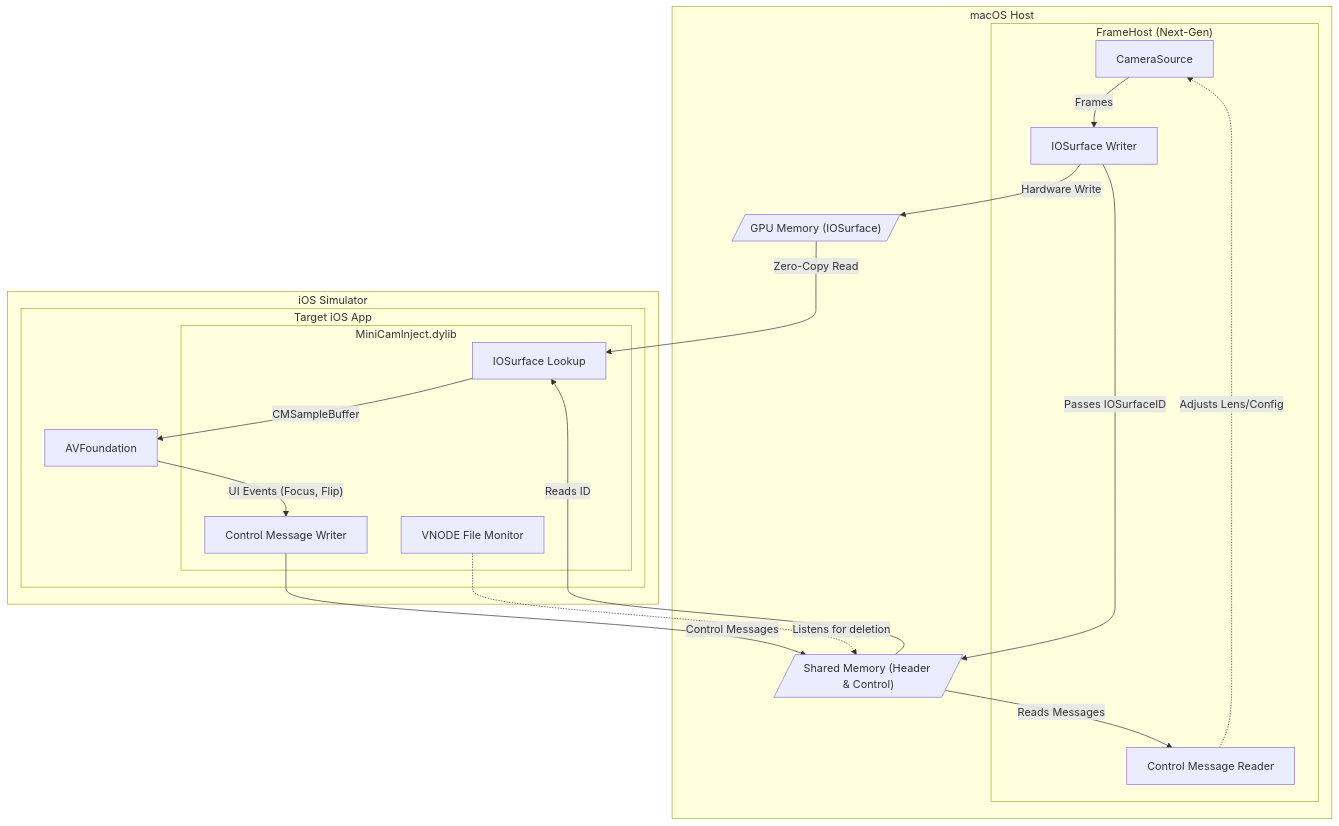
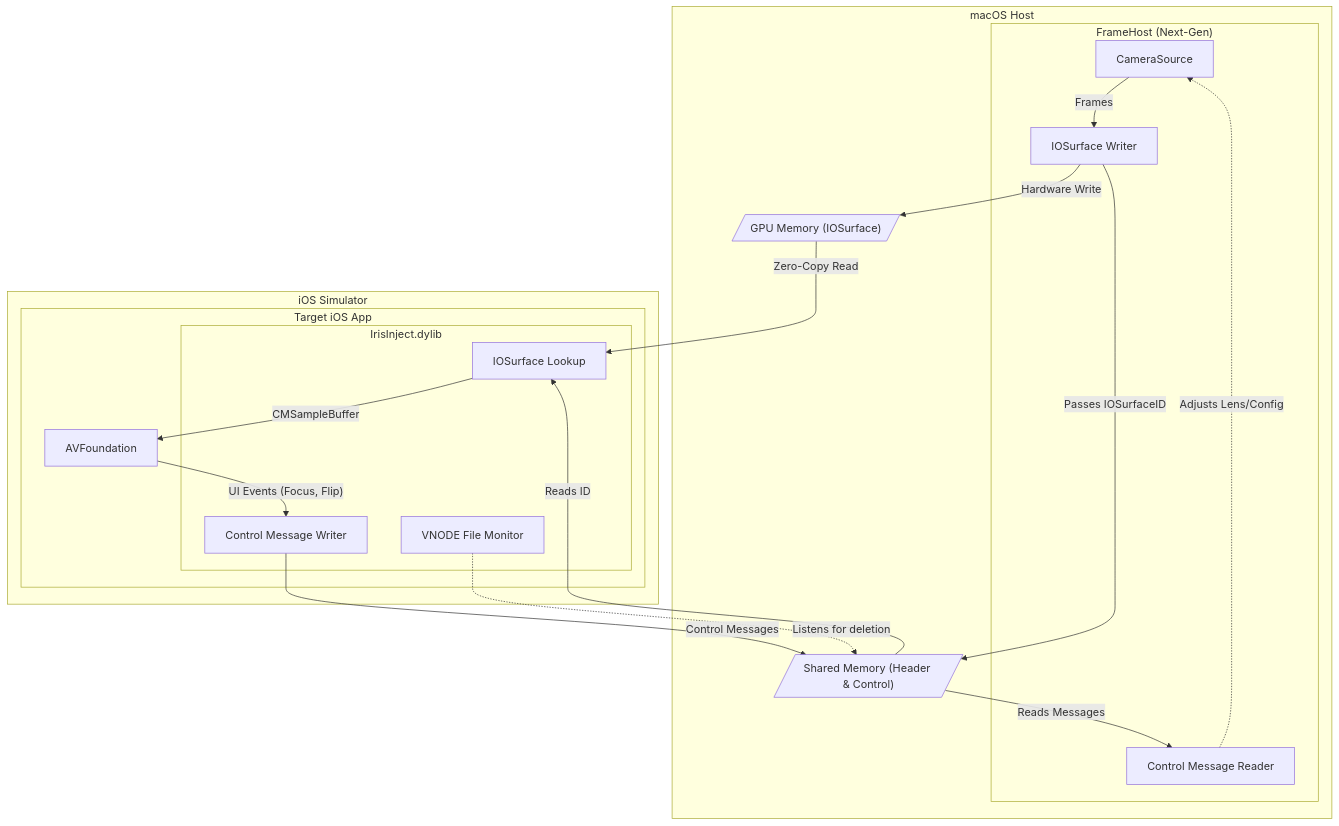
The sixth of 6 diagrams in docs/SIM_CAM_ARCHITECTURE.md (annurdien/sim-cli), drawn with Mermaid before and after one commit. The commit also changed other lines of this file and 55 other files, not shown here.

````diff
--- a/docs/SIM_CAM_ARCHITECTURE.md
+++ b/docs/SIM_CAM_ARCHITECTURE.md
@@ -265,39 +265,39 @@
 ```mermaid
 flowchart TD
     subgraph Host["macOS Host"]
         subgraph FrameHost["FrameHost (Next-Gen)"]
             CameraSource["CameraSource"]
             IOSurfaceWriter["IOSurface Writer"]
             ControlReader["Control Message Reader"]
         end
         
         SHM[/"Shared Memory (Header & Control)"/]
         GPU[/"GPU Memory (IOSurface)"/]
     end
 
     subgraph Sim["iOS Simulator"]
         subgraph App["Target iOS App"]
-            subgraph Injector["MiniCamInject.dylib"]
+            subgraph Injector["IrisInject.dylib"]
                 VNODE["VNODE File Monitor"]
                 IOSurfaceReader["IOSurface Lookup"]
                 ControlWriter["Control Message Writer"]
             end
             AVF["AVFoundation"]
         end
     end
 
     CameraSource -- "Frames" --> IOSurfaceWriter
     IOSurfaceWriter -- "Hardware Write" --> GPU
     IOSurfaceWriter -- "Passes IOSurfaceID" --> SHM
     
     SHM -- "Reads ID" --> IOSurfaceReader
     GPU -- "Zero-Copy Read" --> IOSurfaceReader
     IOSurfaceReader -- "CMSampleBuffer" --> AVF
     
     AVF -- "UI Events (Focus, Flip)" --> ControlWriter
     ControlWriter -- "Control Messages" --> SHM
     SHM -- "Reads Messages" --> ControlReader
     ControlReader -. "Adjusts Lens/Config" .-> CameraSource
     
     VNODE -. "Listens for deletion" .-> SHM
 ```
````
